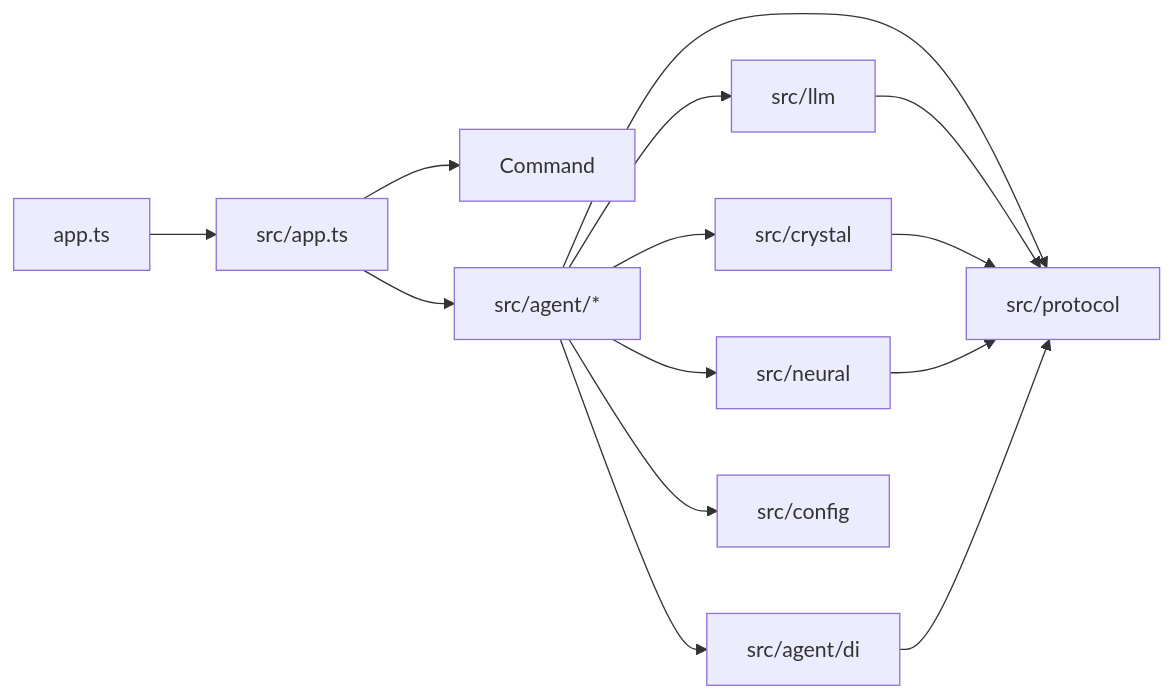
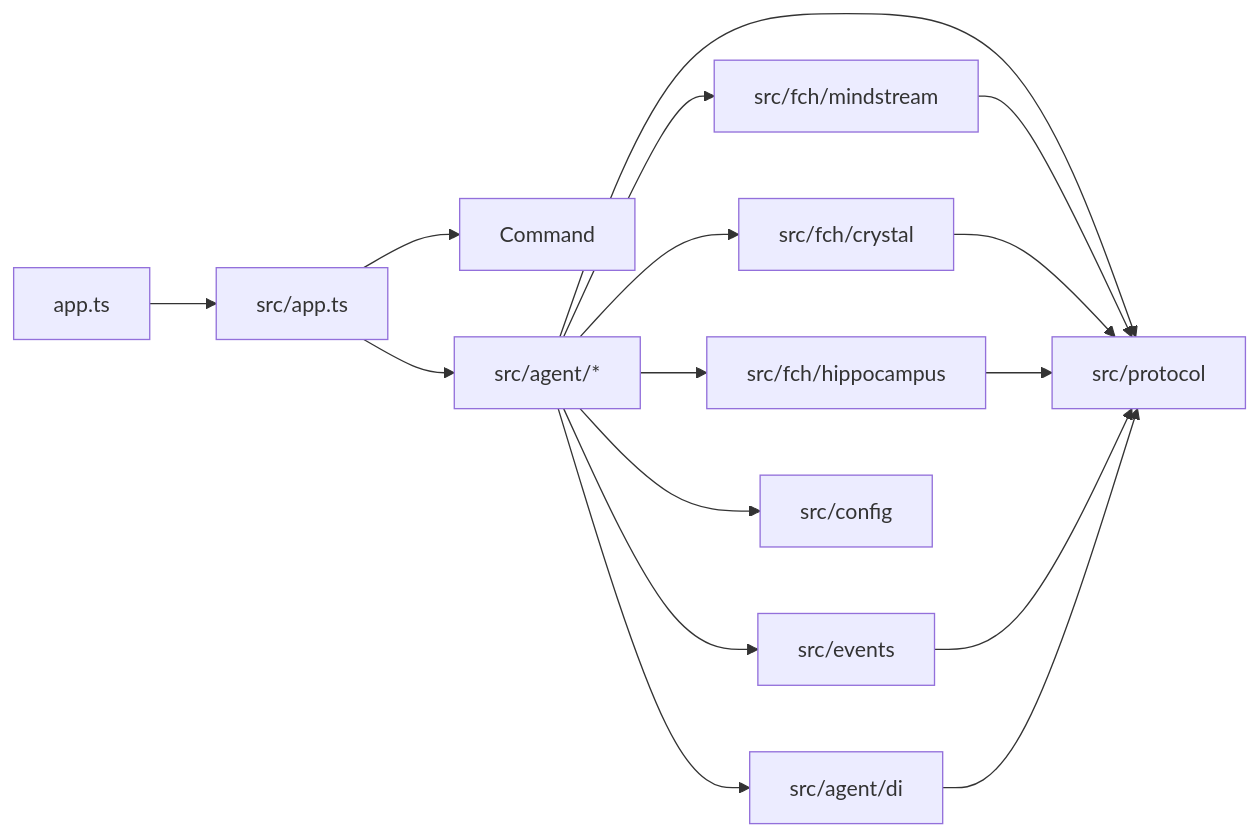
One commit to flyflor/flyflor changed the diagram in docs/boundaries.md. Above: the diagram before and after it, drawn with Mermaid. The commit also changed other lines of this file and 286 other files, not shown here.

````diff
--- a/docs/boundaries.md
+++ b/docs/boundaries.md
@@ -47,16 +59,18 @@
 ```mermaid
 flowchart LR
     Entry[app.ts] --> Root[src/app.ts]
     Root --> Command
     Root --> Agent[src/agent/*]
-    Agent --> Llm[src/llm]
-    Agent --> Crystal[src/crystal]
-    Agent --> Neural[src/neural]
+    Agent --> Llm[src/fch/mindstream]
+    Agent --> Crystal[src/fch/crystal]
+    Agent --> Neural[src/fch/hippocampus]
     Agent --> Protocol[src/protocol]
     Agent --> DI[src/agent/di]
     Agent --> Config[src/config]
+    Agent --> Events[src/events]
     Llm --> Protocol
     Crystal --> Protocol
     Neural --> Protocol
+    Events --> Protocol
     DI --> Protocol
 ```
````
